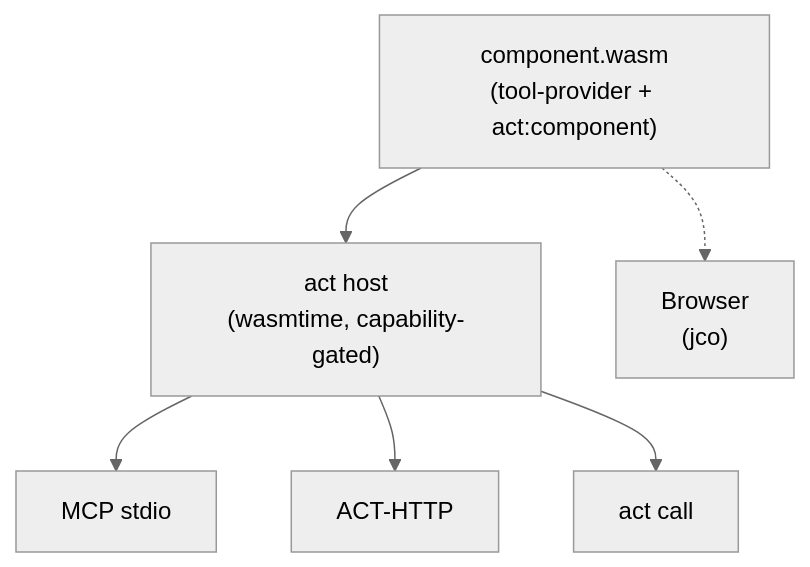
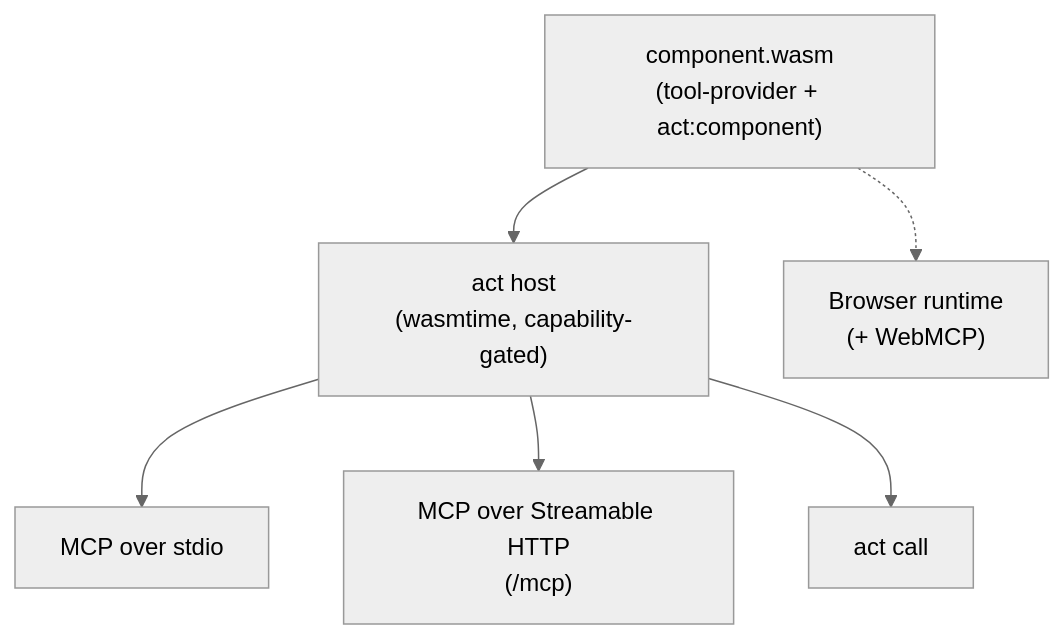
Before and after one commit to actcore/actcore.dev: the diagram in src/content/docs/docs/index.mdx, drawn with Mermaid (neutral theme). The commit also changed other lines of this file and 26 other files, not shown here.

````diff
--- a/src/content/docs/docs/index.mdx
+++ b/src/content/docs/docs/index.mdx
@@ -21,15 +21,15 @@
 ```mermaid
 graph TD
     Component["component.wasm<br/>(tool-provider + act:component)"]
     Host["act host<br/>(wasmtime, capability-gated)"]
-    MCP["MCP stdio"]
-    HTTP["ACT-HTTP"]
+    Stdio["MCP over stdio"]
+    Http["MCP over Streamable HTTP<br/>(/mcp)"]
     CLI["act call"]
-    Browser["Browser<br/>(jco)"]
+    Browser["Browser runtime<br/>(+ WebMCP)"]
 
     Component --> Host
-    Host --> MCP
-    Host --> HTTP
+    Host --> Stdio
+    Host --> Http
     Host --> CLI
     Component -.-> Browser
 ```
````
